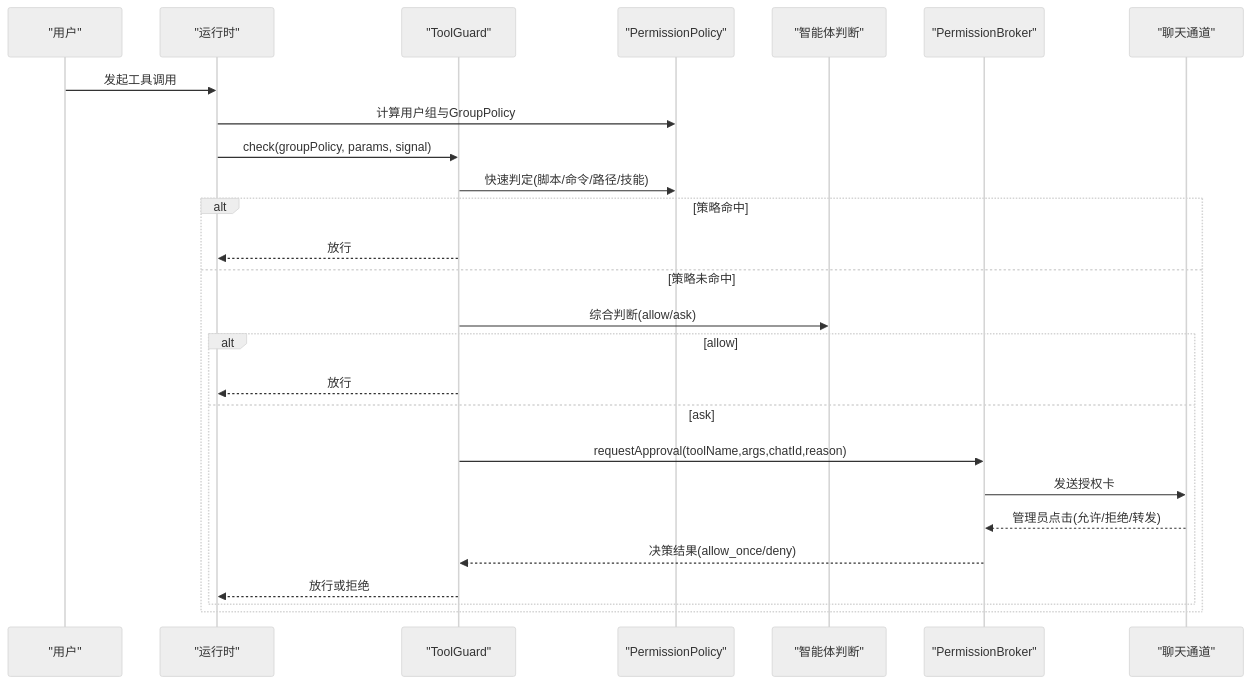
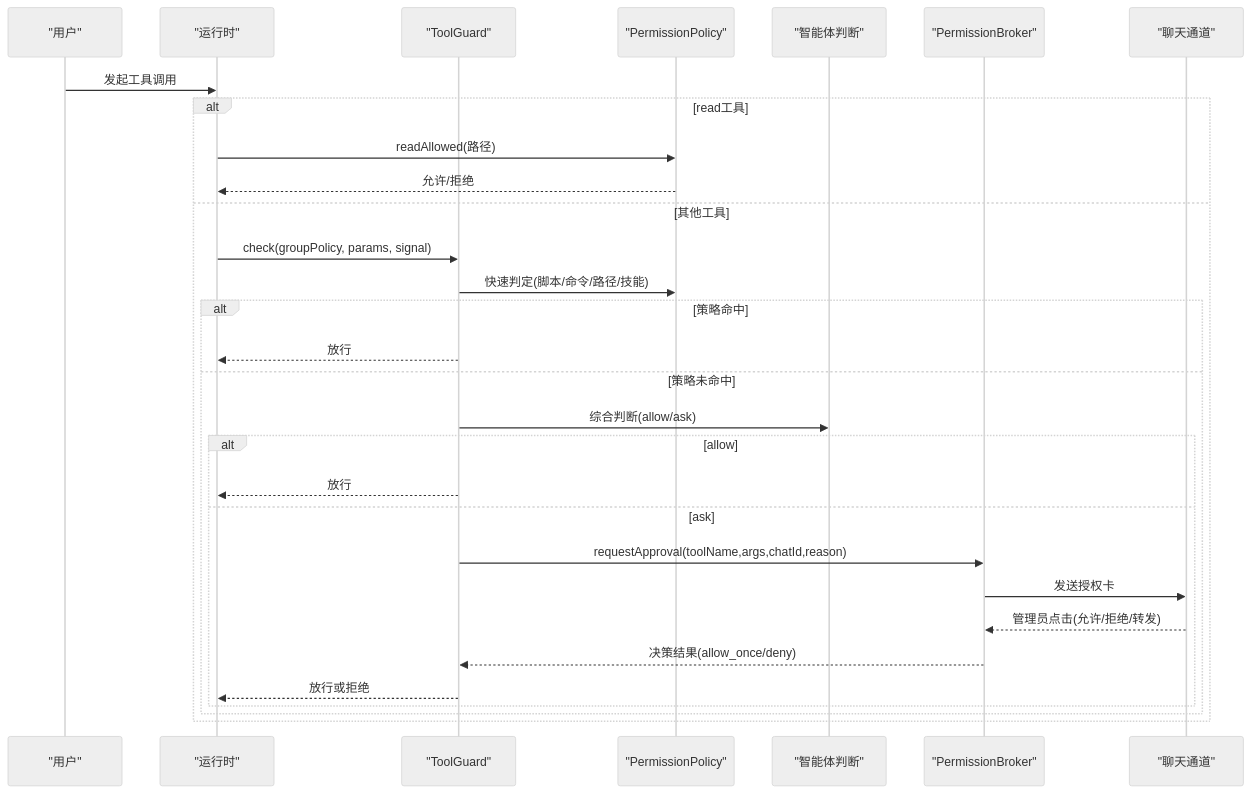
Before and after one commit to HeXiaoShu520/feishu-pi: the second of 8 diagrams in .qoder/repowiki/zh/content/脚本工具系统/工具系统/工具安全控制.md, drawn with Mermaid (neutral theme). The commit also changed other lines of this file and 47 other files, not shown here.

````diff
--- a/.qoder/repowiki/zh/content/脚本工具系统/工具系统/工具安全控制.md
+++ b/.qoder/repowiki/zh/content/脚本工具系统/工具系统/工具安全控制.md
@@ -122,28 +138,32 @@
 ```mermaid
 sequenceDiagram
 participant U as "用户"
 participant RT as "运行时"
 participant TG as "ToolGuard"
 participant POL as "PermissionPolicy"
 participant AI as "智能体判断"
 participant BR as "PermissionBroker"
 participant CH as "聊天通道"
 U->>RT : 发起工具调用
-RT->>POL : 计算用户组与GroupPolicy
+alt read工具
+RT->>POL : readAllowed(路径)
+POL-->>RT : 允许/拒绝
+else 其他工具
 RT->>TG : check(groupPolicy, params, signal)
 TG->>POL : 快速判定(脚本/命令/路径/技能)
 alt 策略命中
 TG-->>RT : 放行
 else 策略未命中
 TG->>AI : 综合判断(allow/ask)
 alt allow
 TG-->>RT : 放行
 else ask
 TG->>BR : requestApproval(toolName,args,chatId,reason)
 BR->>CH : 发送授权卡
 CH-->>BR : 管理员点击(允许/拒绝/转发)
 BR-->>TG : 决策结果(allow_once/deny)
 TG-->>RT : 放行或拒绝
 end
 end
+end
 ```
````
